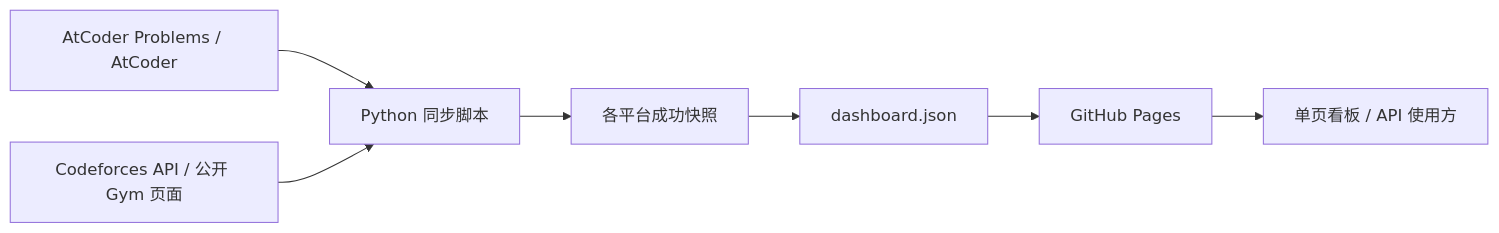
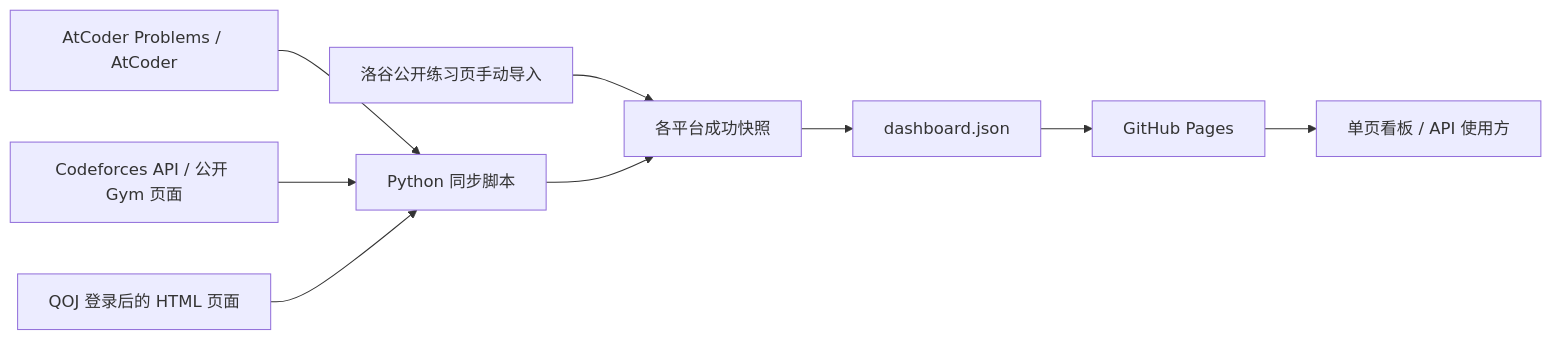
The diagram in README.md (theLucius7/qwq), drawn with Mermaid before and after one commit. The commit also changed other lines of this file and 22 other files, not shown here.

````diff
--- a/README.md
+++ b/README.md
@@ -72,9 +76,11 @@
 ```mermaid
 flowchart LR
     A[AtCoder Problems / AtCoder] --> S[Python 同步脚本]
     C[Codeforces API / 公开 Gym 页面] --> S
-    S --> P[各平台成功快照]
+    Q[QOJ 登录后的 HTML 页面] --> S
+    L[洛谷公开练习页手动导入] --> P[各平台成功快照]
+    S --> P
     P --> J[dashboard.json]
     J --> G[GitHub Pages]
     G --> U[单页看板 / API 使用方]
 ```
````
